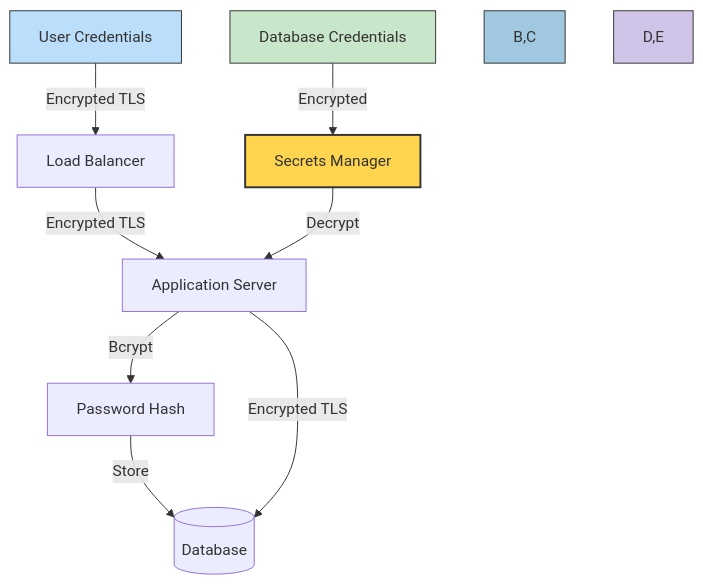
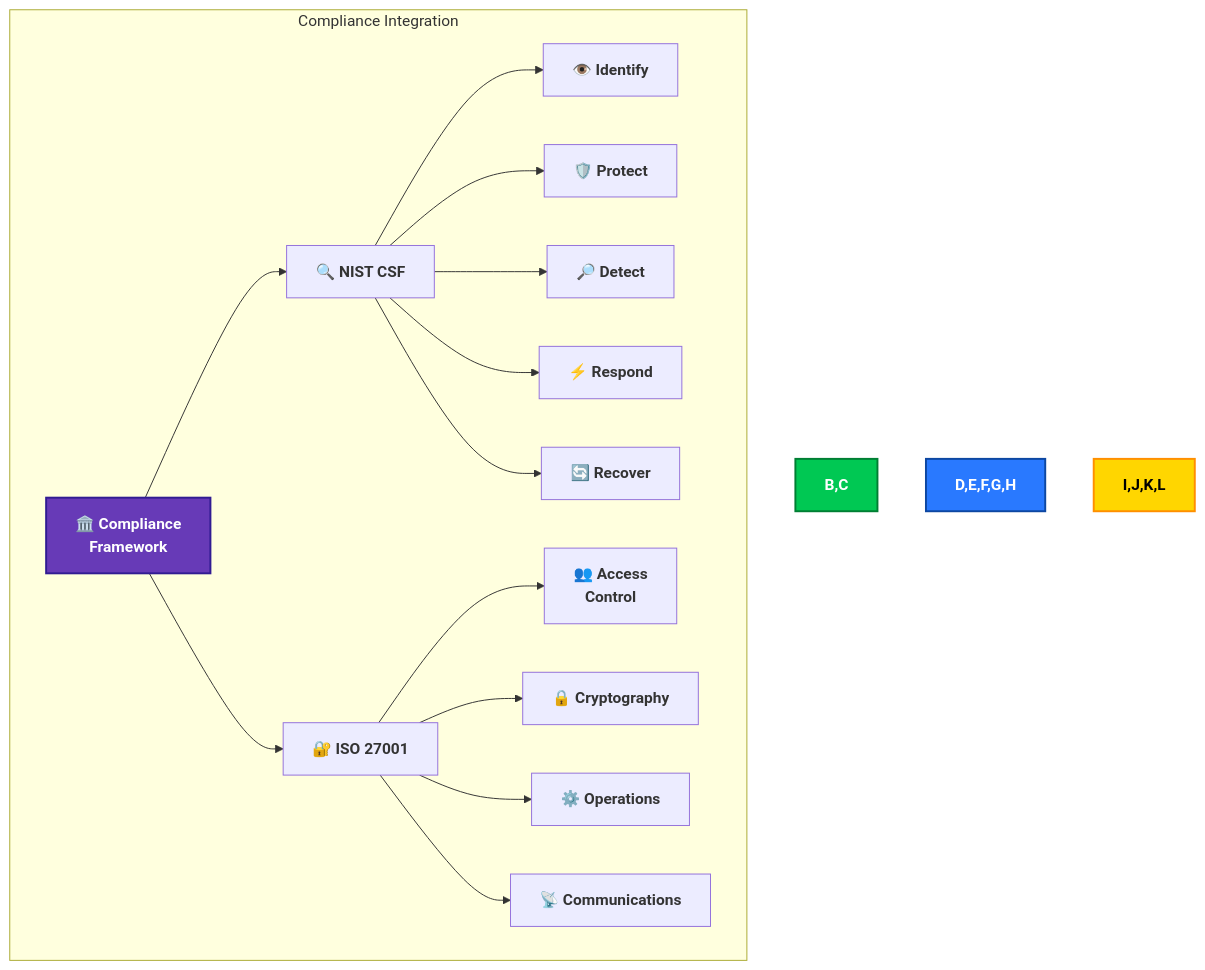
Before and after one commit to Hack23/cia: diagram 13 of 15 in SECURITY_ARCHITECTURE.md, drawn with Mermaid. The commit also changed other lines of this file, not shown here.

````diff
--- a/SECURITY_ARCHITECTURE.md
+++ b/SECURITY_ARCHITECTURE.md
@@ -1194,17 +787,24 @@
 ```mermaid
 graph TD
-    A[User Credentials] -->|Encrypted TLS| B[Load Balancer]
-    B -->|Encrypted TLS| C[Application Server]
-    C -->|Bcrypt| D[Password Hash]
-    D -->|Store| E[(Database)]
+    subgraph "Compliance Integration"
+        A[🏛️ Compliance<br>Framework] --> B[🔍 NIST CSF]
+        A --> C[🔐 ISO 27001]
+        
+        B --> D[👁️ Identify]
+        B --> E[🛡️ Protect]
+        B --> F[🔎 Detect]
+        B --> G[⚡ Respond]
+        B --> H[🔄 Recover]
+        
+        C --> I[👥 Access<br>Control]
+        C --> J[🔒 Cryptography]
+        C --> K[⚙️ Operations]
+        C --> L[📡 Communications]
+    end
     
-    F[Database Credentials] -->|Encrypted| G[Secrets Manager]
-    G -->|Decrypt| C
-    C -->|Encrypted TLS| E
-    
-    style A fill:#bbdefb,stroke:#333,stroke-width:1px
-    style B,C fill:#a0c8e0,stroke:#333,stroke-width:1px
-    style D,E fill:#d1c4e9,stroke:#333,stroke-width:1px
-    style F fill:#c8e6c9,stroke:#333,stroke-width:1px
-    style G fill:#ffd54f,stroke:#333,stroke-width:2px
+    style A fill:#673AB7,stroke:#311B92,stroke-width:2px,color:white,font-weight:bold
+    style B,C fill:#00C853,stroke:#007E33,stroke-width:2px,color:white,font-weight:bold
+    style D,E,F,G,H fill:#2979FF,stroke:#0D47A1,stroke-width:2px,color:white,font-weight:bold
+    style I,J,K,L fill:#FFD600,stroke:#FF8F00,stroke-width:2px,color:black,font-weight:bold
+    classDef default font-weight:bold
 ```
````
